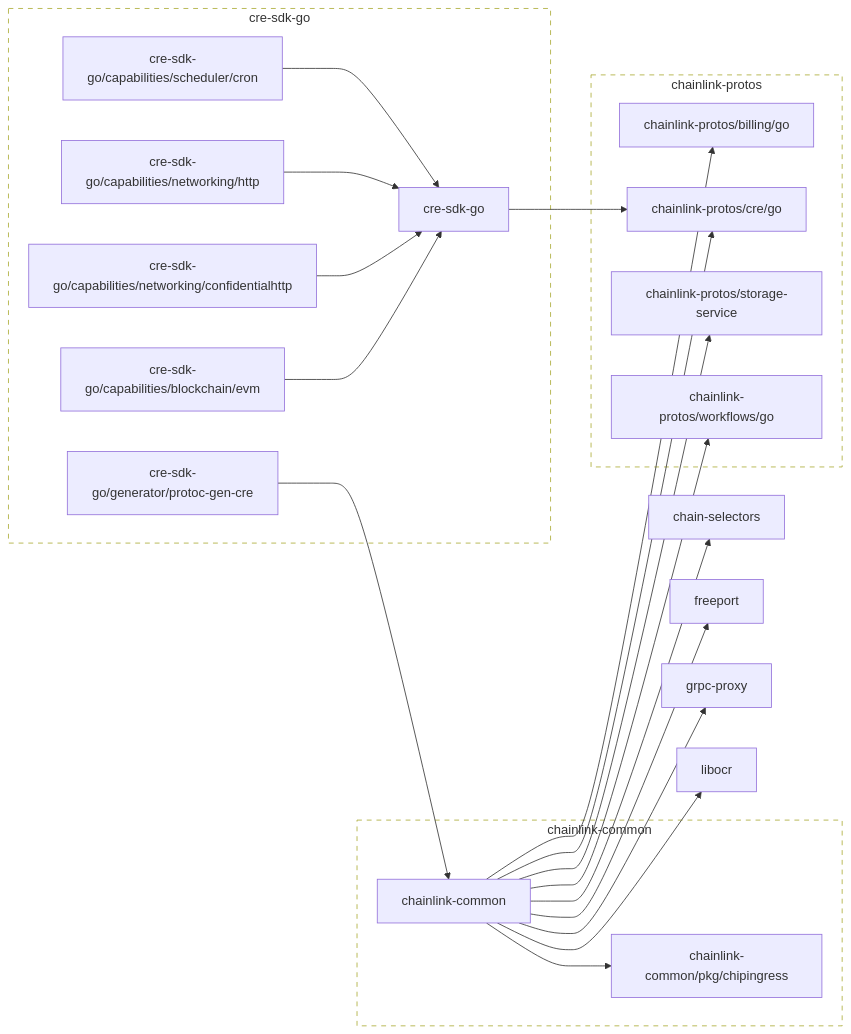
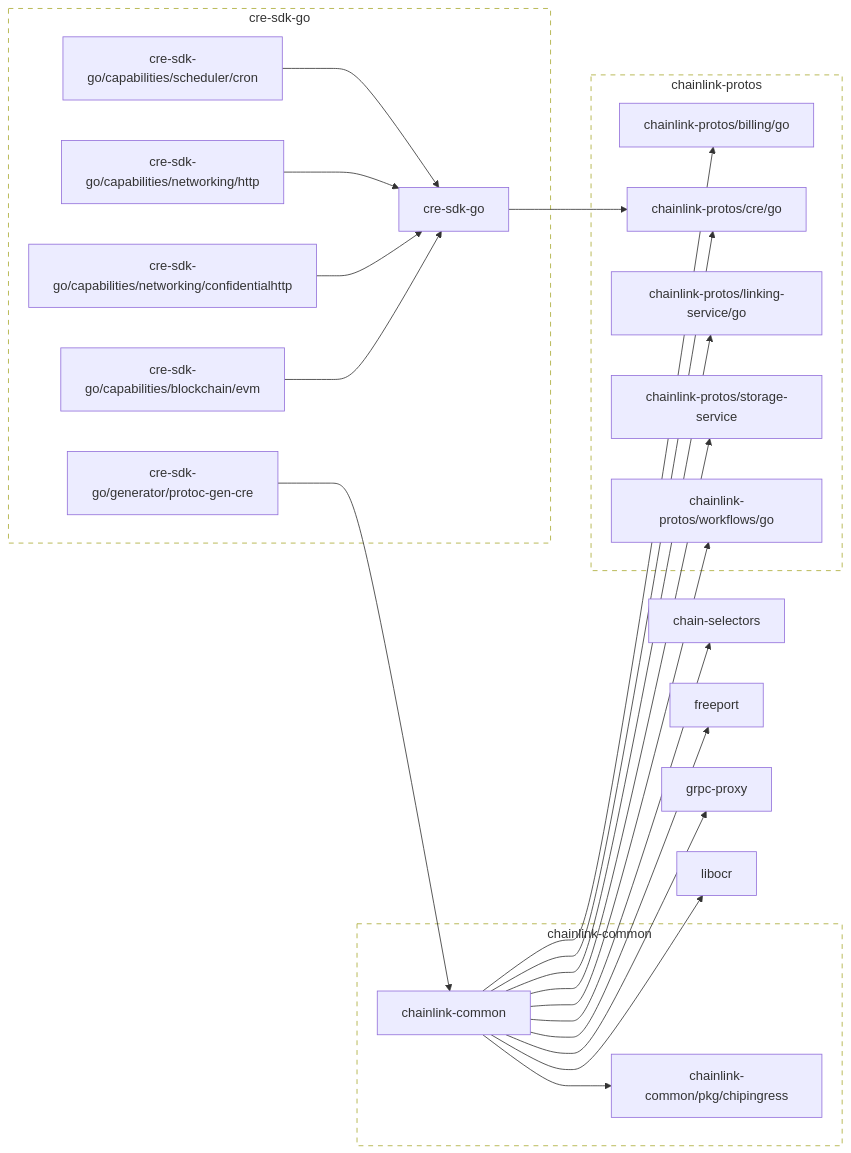
Before and after one commit to smartcontractkit/cre-sdk-go: the diagram in go.md, drawn with Mermaid. The commit also changed 13 other files, not shown here.

````diff
--- a/go.md
+++ b/go.md
@@ -2,71 +2,75 @@
 ```mermaid
 flowchart LR
 
 	chain-selectors
 	click chain-selectors href "https://github.com/smartcontractkit/chain-selectors"
 	chainlink-common --> chain-selectors
 	chainlink-common --> chainlink-common/pkg/chipingress
 	chainlink-common --> chainlink-protos/billing/go
 	chainlink-common --> chainlink-protos/cre/go
+	chainlink-common --> chainlink-protos/linking-service/go
 	chainlink-common --> chainlink-protos/storage-service
 	chainlink-common --> chainlink-protos/workflows/go
 	chainlink-common --> freeport
 	chainlink-common --> grpc-proxy
 	chainlink-common --> libocr
 	click chainlink-common href "https://github.com/smartcontractkit/chainlink-common"
 	chainlink-common/pkg/chipingress
 	click chainlink-common/pkg/chipingress href "https://github.com/smartcontractkit/chainlink-common"
 	chainlink-protos/billing/go
 	click chainlink-protos/billing/go href "https://github.com/smartcontractkit/chainlink-protos"
 	chainlink-protos/cre/go
 	click chainlink-protos/cre/go href "https://github.com/smartcontractkit/chainlink-protos"
+	chainlink-protos/linking-service/go
+	click chainlink-protos/linking-service/go href "https://github.com/smartcontractkit/chainlink-protos"
 	chainlink-protos/storage-service
 	click chainlink-protos/storage-service href "https://github.com/smartcontractkit/chainlink-protos"
 	chainlink-protos/workflows/go
 	click chainlink-protos/workflows/go href "https://github.com/smartcontractkit/chainlink-protos"
 	cre-sdk-go --> chainlink-protos/cre/go
 	click cre-sdk-go href "https://github.com/smartcontractkit/cre-sdk-go"
 	cre-sdk-go/capabilities/blockchain/evm --> cre-sdk-go
 	click cre-sdk-go/capabilities/blockchain/evm href "https://github.com/smartcontractkit/cre-sdk-go"
 	cre-sdk-go/capabilities/networking/confidentialhttp --> cre-sdk-go
 	click cre-sdk-go/capabilities/networking/confidentialhttp href "https://github.com/smartcontractkit/cre-sdk-go"
 	cre-sdk-go/capabilities/networking/http --> cre-sdk-go
 	click cre-sdk-go/capabilities/networking/http href "https://github.com/smartcontractkit/cre-sdk-go"
 	cre-sdk-go/capabilities/scheduler/cron --> cre-sdk-go
 	click cre-sdk-go/capabilities/scheduler/cron href "https://github.com/smartcontractkit/cre-sdk-go"
 	cre-sdk-go/generator/protoc-gen-cre --> chainlink-common
 	click cre-sdk-go/generator/protoc-gen-cre href "https://github.com/smartcontractkit/cre-sdk-go"
 	freeport
 	click freeport href "https://github.com/smartcontractkit/freeport"
 	grpc-proxy
 	click grpc-proxy href "https://github.com/smartcontractkit/grpc-proxy"
 	libocr
 	click libocr href "https://github.com/smartcontractkit/libocr"
 
 	subgraph chainlink-common-repo[chainlink-common]
 		 chainlink-common
 		 chainlink-common/pkg/chipingress
 	end
 	click chainlink-common-repo href "https://github.com/smartcontractkit/chainlink-common"
 
 	subgraph chainlink-protos-repo[chainlink-protos]
 		 chainlink-protos/billing/go
 		 chainlink-protos/cre/go
+		 chainlink-protos/linking-service/go
 		 chainlink-protos/storage-service
 		 chainlink-protos/workflows/go
 	end
 	click chainlink-protos-repo href "https://github.com/smartcontractkit/chainlink-protos"
 
 	subgraph cre-sdk-go-repo[cre-sdk-go]
 		 cre-sdk-go
 		 cre-sdk-go/capabilities/blockchain/evm
 		 cre-sdk-go/capabilities/networking/confidentialhttp
 		 cre-sdk-go/capabilities/networking/http
 		 cre-sdk-go/capabilities/scheduler/cron
 		 cre-sdk-go/generator/protoc-gen-cre
 	end
 	click cre-sdk-go-repo href "https://github.com/smartcontractkit/cre-sdk-go"
 
 	classDef outline stroke-dasharray:6,fill:none;
 	class chainlink-common-repo,chainlink-protos-repo,cre-sdk-go-repo outline
 ```
````
